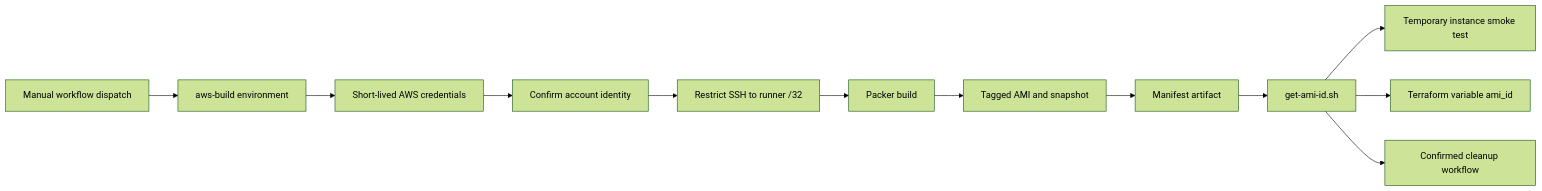
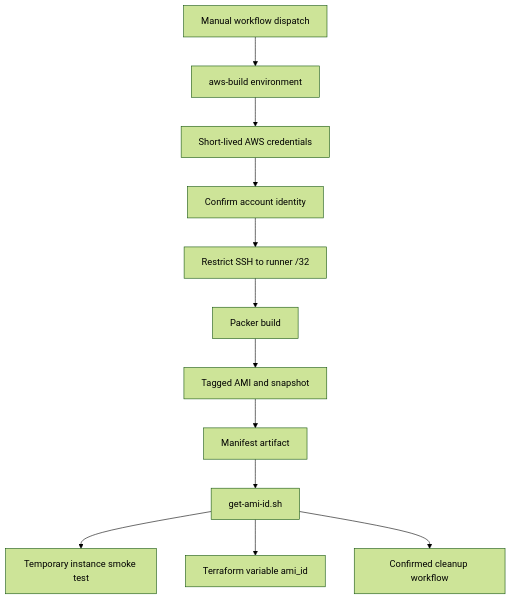
Before and after one commit to jeevanm84/packer-aws-golden-image-pipeline: the third of 3 diagrams in docs/CODE_STRUCTURE.md, drawn with Mermaid (forest theme). The commit also changed 2 other files, not shown here.

Commit message:
Improve architecture diagram readability (#4)

````diff
--- a/docs/CODE_STRUCTURE.md
+++ b/docs/CODE_STRUCTURE.md
@@ -106,14 +106,14 @@
 ```mermaid
-flowchart LR
+flowchart TB
     Dispatch[Manual workflow dispatch] --> Gate[aws-build environment]
     Gate --> OIDC[Short-lived AWS credentials]
     OIDC --> Identity[Confirm account identity]
     Identity --> CIDR[Restrict SSH to runner /32]
     CIDR --> Packer[Packer build]
     Packer --> AMI[Tagged AMI and snapshot]
     AMI --> Manifest[Manifest artifact]
     Manifest --> ID[get-ami-id.sh]
     ID --> Verify[Temporary instance smoke test]
     ID --> Consumer[Terraform variable ami_id]
     ID --> Cleanup[Confirmed cleanup workflow]
 ```
````
